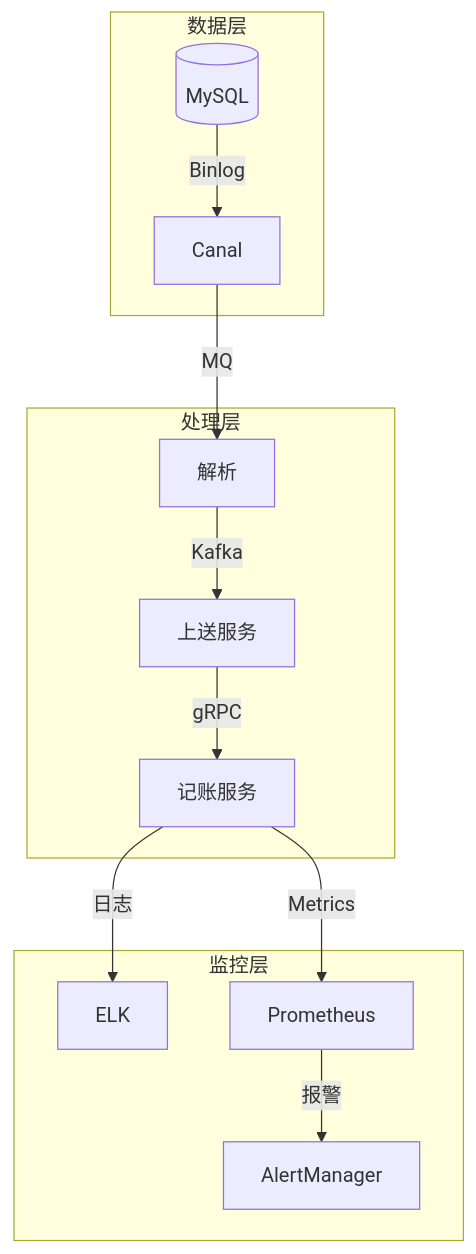
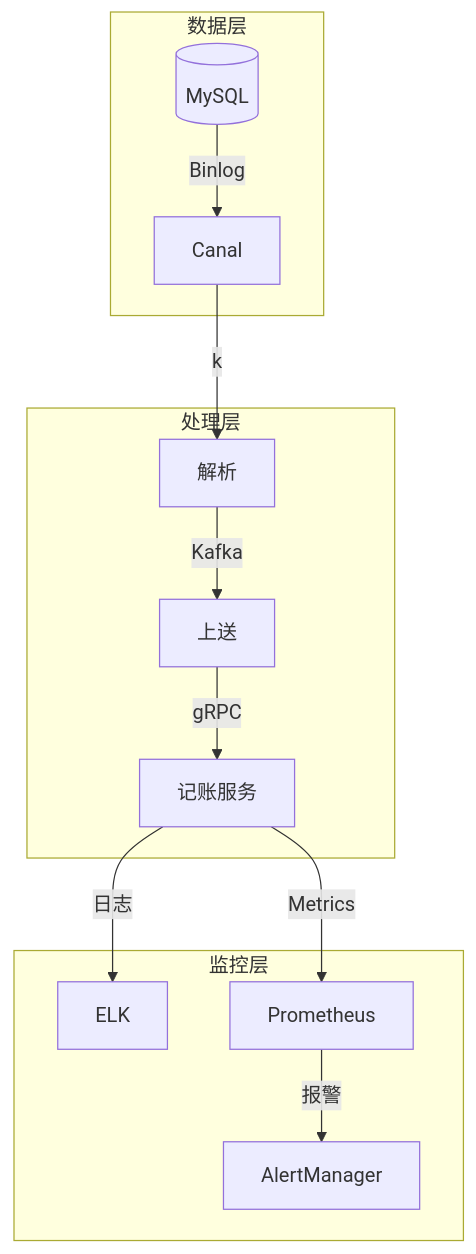
The diagram in all/未命名.md (87828943/iodraw-files), drawn with Mermaid before and after one commit.

Commit message:
2025-07-01 10:40:19 update

````diff
--- a/all/未命名.md
+++ b/all/未命名.md
@@ -1,16 +1,16 @@
 ```mermaid
 graph TB
     subgraph 数据层
         DB[(MySQL)] -->|Binlog| Canal
     end
     subgraph 处理层
-        Canal -->|MQ| Parser[解析]
-        Parser -->|Kafka| Engine[上送服务]
+        Canal -->|k| Parser[解析]
+        Parser -->|Kafka| Engine[上送]
         Engine -->|gRPC| Accounting[记账服务]
     end
     subgraph 监控层
         Accounting -->|日志| ELK
         Accounting -->|Metrics| Prometheus
         Prometheus -->|报警| AlertManager
     end
 ```
````
